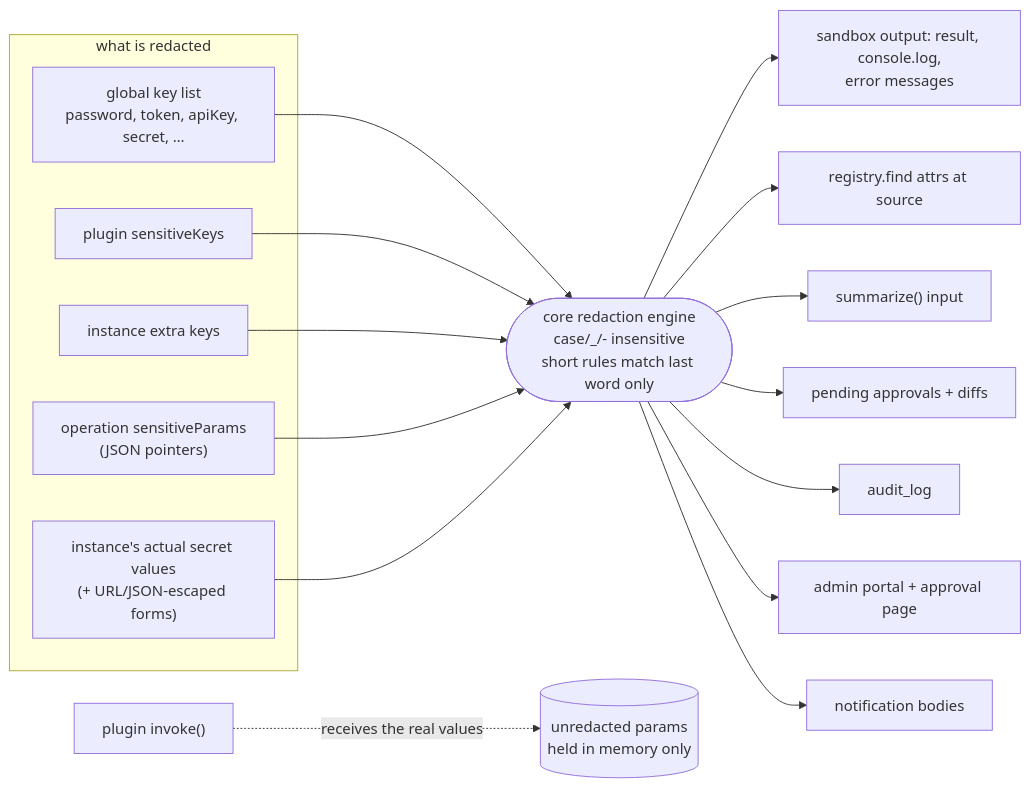
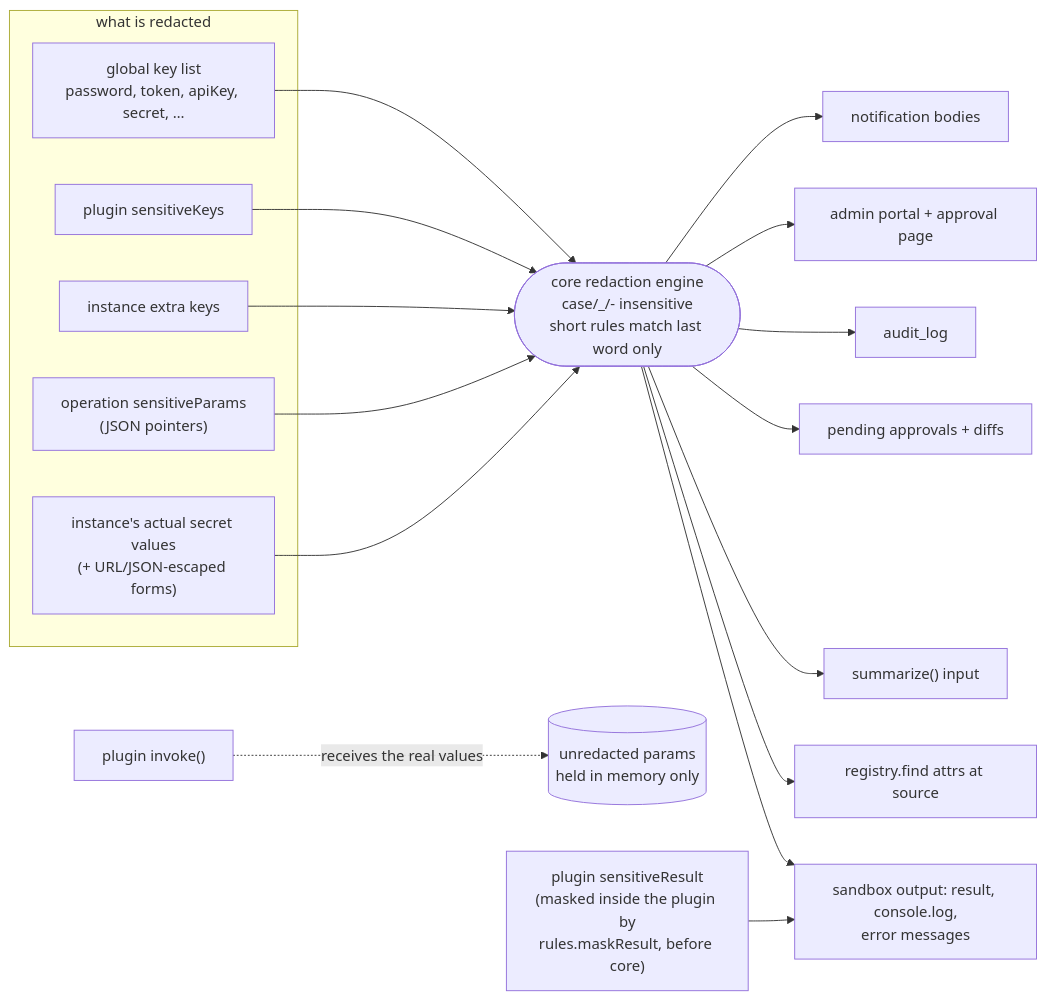
Diagram 25 of 30 in docs/architecture.md (via-justa/synoikia-core), drawn with Mermaid before and after one commit. The commit also changed 4 other files, not shown here.

````diff
--- a/docs/architecture.md
+++ b/docs/architecture.md
@@ -1111,22 +1111,23 @@
 ```mermaid
 flowchart LR
   subgraph Rules["what is redacted"]
     g["global key list<br/>password, token, apiKey, secret, …"]
     pk["plugin sensitiveKeys"]
     ik["instance extra keys"]
     sp["operation sensitiveParams<br/>(JSON pointers)"]
     sv["instance's actual secret values<br/>(+ URL/JSON-escaped forms)"]
   end
 
   eng(["core redaction engine<br/>case/_/- insensitive<br/>short rules match last word only"])
   g & pk & ik & sp & sv --> eng
 
   eng --> o1["sandbox output: result, console.log,<br/>error messages"]
   eng --> o2["registry.find attrs at source"]
   eng --> o3["summarize() input"]
   eng --> o4["pending approvals + diffs"]
   eng --> o5["audit_log"]
   eng --> o6["admin portal + approval page"]
   eng --> o7["notification bodies"]
   invoke["plugin invoke()"] -. "receives the real values" .-> real[("unredacted params<br/>held in memory only")]
+  sr["plugin sensitiveResult<br/>(masked inside the plugin by<br/>rules.maskResult, before core)"] --> o1
 ```
````
